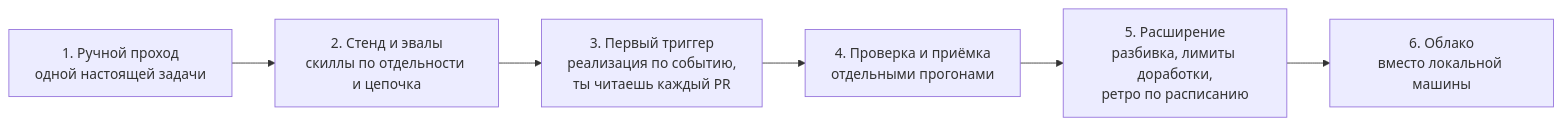
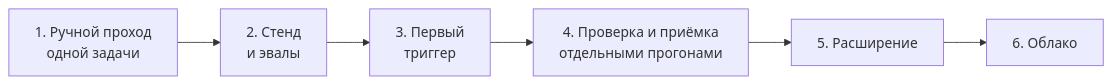
The sixth of 7 diagrams in docs/research/factory-pipeline.ru.md (KirillSachkov/agent-kit), drawn with Mermaid before and after one commit. The commit also changed other lines of this file, not shown here.

Commit message:
Split the factory pipeline into simple diagrams

````diff
--- a/docs/research/factory-pipeline.ru.md
+++ b/docs/research/factory-pipeline.ru.md
@@ -98,8 +92,8 @@
 ```mermaid
 flowchart LR
-    A["1. Ручной проход<br/>одной настоящей задачи"] --> B["2. Стенд и эвалы<br/>скиллы по отдельности и цепочка"]
-    B --> C["3. Первый триггер<br/>реализация по событию,<br/>ты читаешь каждый PR"]
+    A["1. Ручной проход<br/>одной задачи"] --> B["2. Стенд<br/>и эвалы"]
+    B --> C["3. Первый<br/>триггер"]
     C --> D["4. Проверка и приёмка<br/>отдельными прогонами"]
-    D --> E["5. Расширение<br/>разбивка, лимиты доработки,<br/>ретро по расписанию"]
-    E --> F["6. Облако<br/>вместо локальной машины"]
+    D --> E["5. Расширение"]
+    E --> F["6. Облако"]
 ```
````
